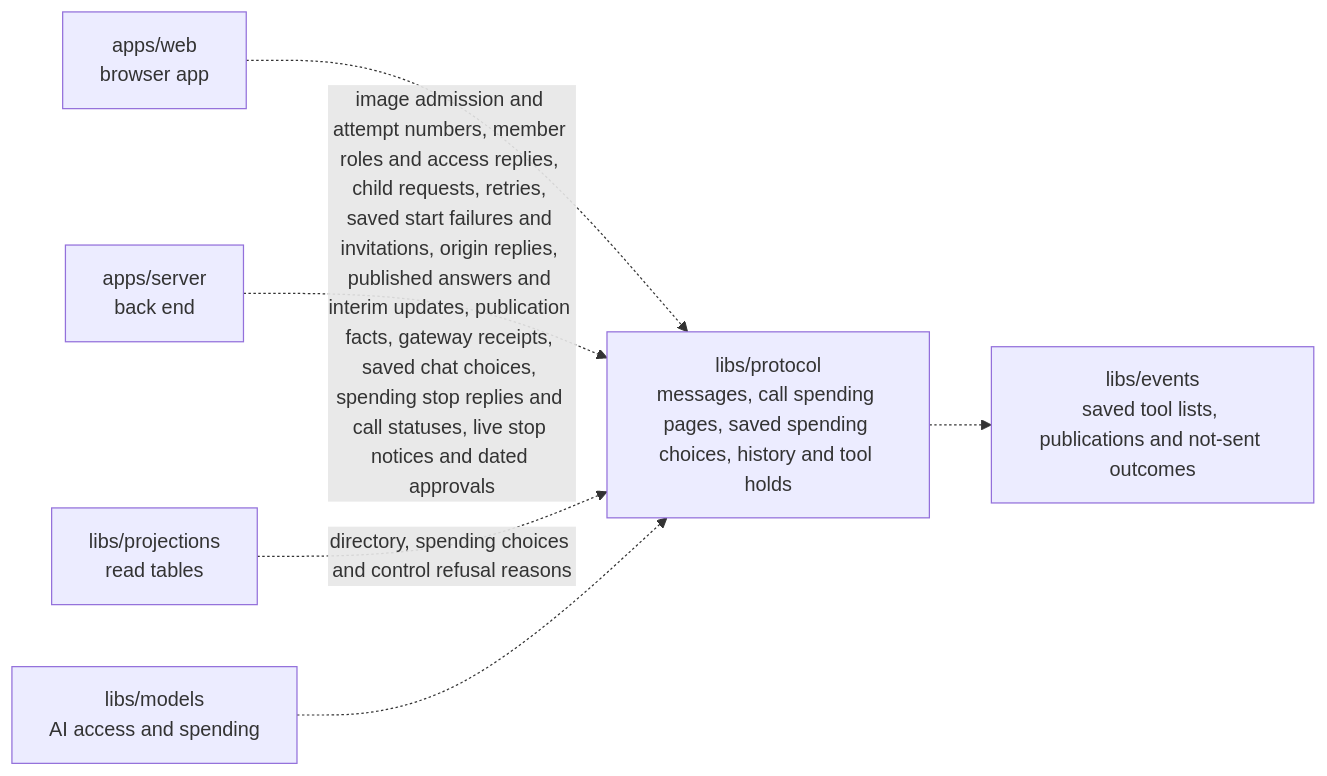
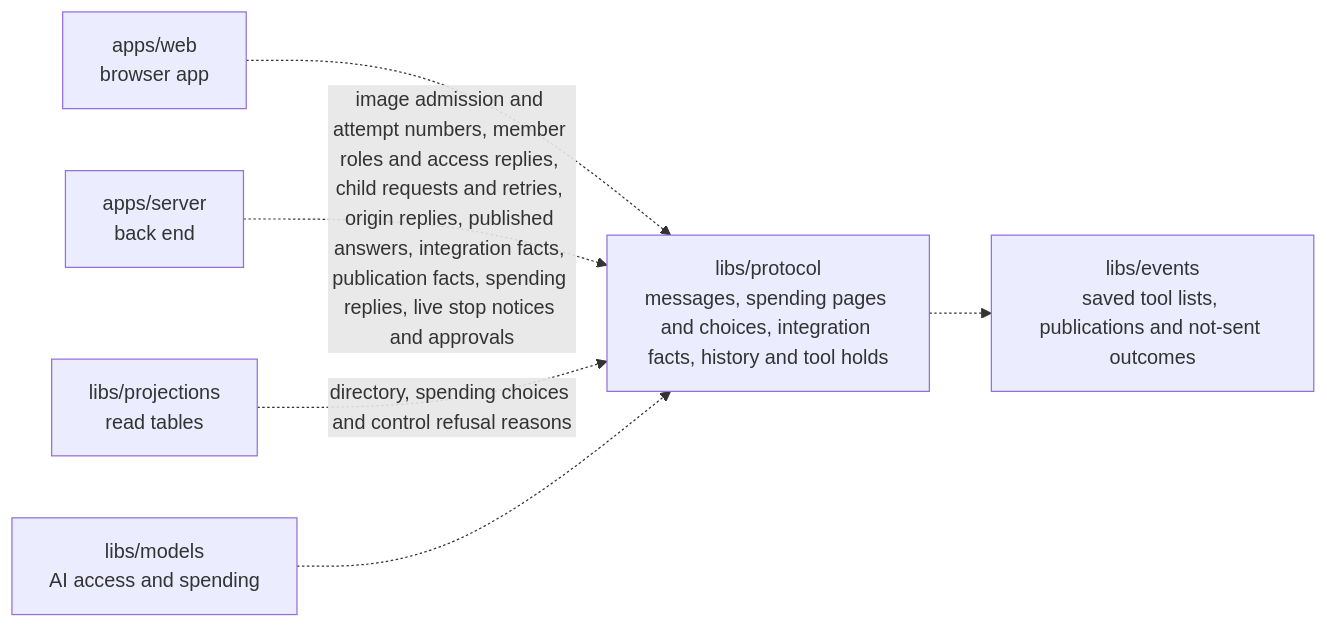
One commit to elewa-git/opencrane-new changed the diagram in libs/protocol/README.md. Above: the diagram before and after it, drawn with Mermaid. The commit also changed other lines of this file and 11 other files, not shown here.

Commit message:
🔎 Serve bounded saved integration facts after current admin checks

````diff
--- a/libs/protocol/README.md
+++ b/libs/protocol/README.md
@@ -14,8 +14,8 @@
 ```mermaid
 flowchart LR
-  web["apps/web<br/>browser app"] -.-> protocol["libs/protocol<br/>messages, call spending pages, saved spending choices, history and tool holds"]
-  server["apps/server<br/>back end"] -.->|image admission and attempt numbers, member roles and access replies, child requests, retries, saved start failures and invitations, origin replies, published answers and interim updates, publication facts, gateway receipts, saved chat choices, spending stop replies and call statuses, live stop notices and dated approvals| protocol
+  web["apps/web<br/>browser app"] -.-> protocol["libs/protocol<br/>messages, spending pages and choices, integration facts, history and tool holds"]
+  server["apps/server<br/>back end"] -.->|image admission and attempt numbers, member roles and access replies, child requests and retries, origin replies, published answers, integration facts, publication facts, spending replies, live stop notices and approvals| protocol
   projections["libs/projections<br/>read tables"] -.->|directory, spending choices and control refusal reasons| protocol
   models["libs/models<br/>AI access and spending"] -.-> protocol
   protocol -.-> events["libs/events<br/>saved tool lists, publications and not-sent outcomes"]
 ```
````
